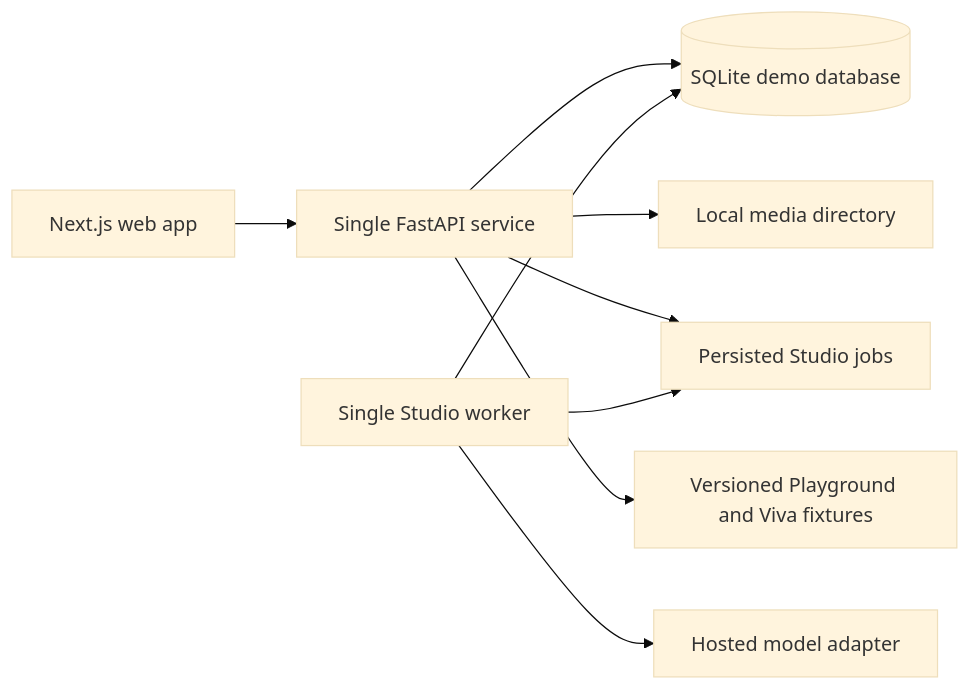
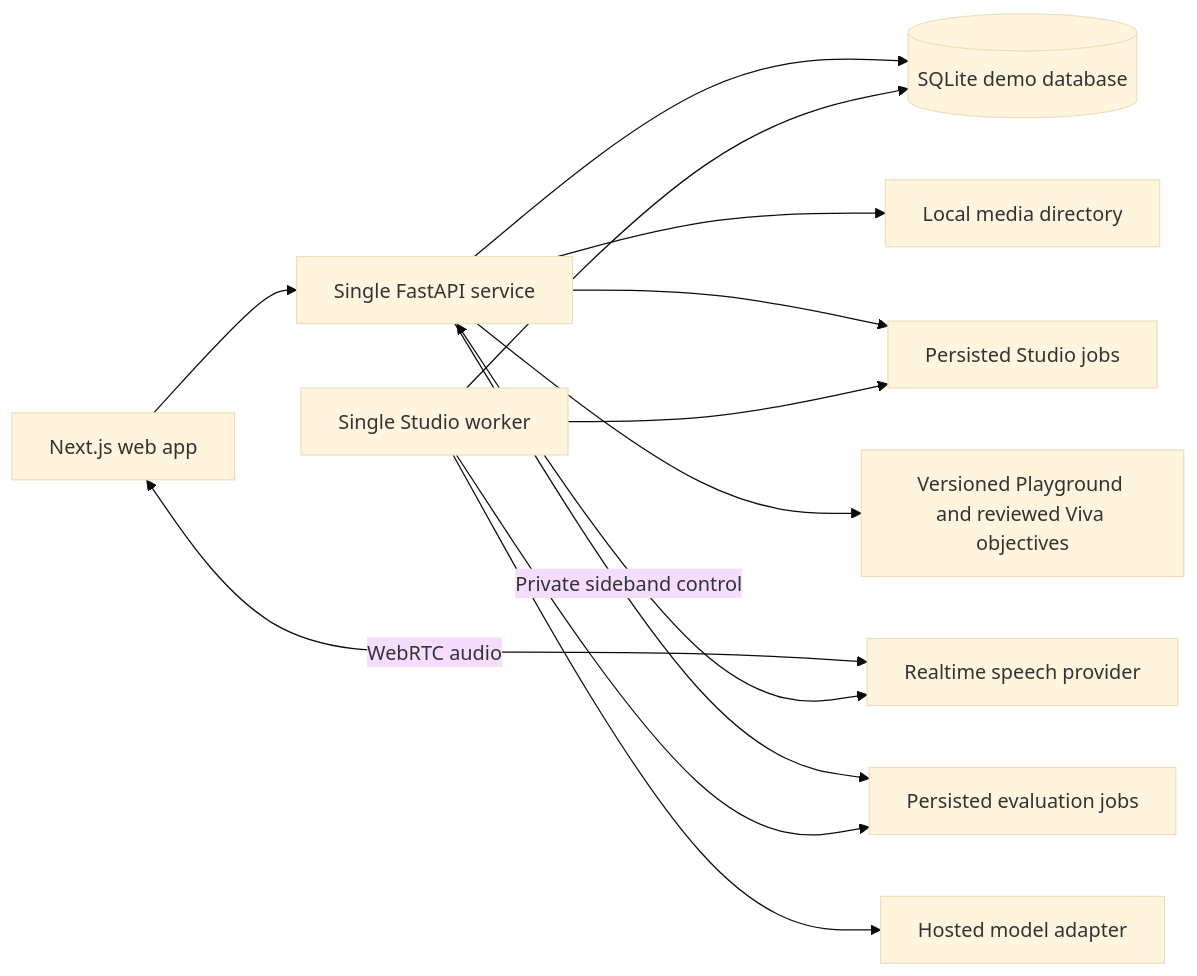
The diagram in markdowns/hackathon/README.md (ManasMehta12/JETRO-03), drawn with Mermaid (base theme) before and after one commit. The commit also changed other lines of this file and 84 other files, not shown here.

````diff
--- a/markdowns/hackathon/README.md
+++ b/markdowns/hackathon/README.md
@@ -17,11 +17,15 @@
 ```mermaid
 flowchart LR
   UI[Next.js web app] --> API[Single FastAPI service]
   API --> DB[(SQLite demo database)]
   API --> Files[Local media directory]
   API --> Jobs[Persisted Studio jobs]
   Worker[Single Studio worker] --> Jobs
   Worker --> Model[Hosted model adapter]
   Worker --> DB
-  API --> Fixtures[Versioned Playground and Viva fixtures]
+  API --> Fixtures[Versioned Playground and reviewed Viva objectives]
+  UI <-->|WebRTC audio| Voice[Realtime speech provider]
+  API <-->|Private sideband control| Voice
+  API --> Evaluation[Persisted evaluation jobs]
+  Worker --> Evaluation
 ```
````
